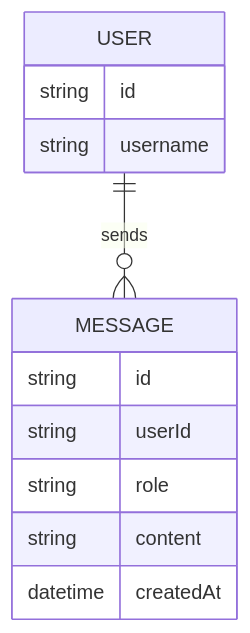
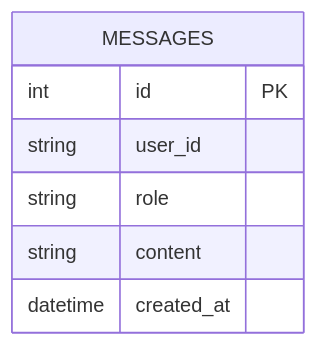
The seventh of 7 diagrams in README.md (vivuong166/MSTeam_Chatbot), drawn with Mermaid before and after one commit. The commit also changed other lines of this file, not shown here.

````diff
--- a/README.md
+++ b/README.md
@@ -480,17 +382,10 @@
 ```mermaid
 erDiagram
-    USER ||--o{ MESSAGE : sends
-
-    USER {
-        string id
-        string username
-    }
-
-    MESSAGE {
-        string id
-        string userId
+    MESSAGES {
+        int id PK
+        string user_id
         string role
         string content
-        datetime createdAt
+        datetime created_at
     }
 ```
````
